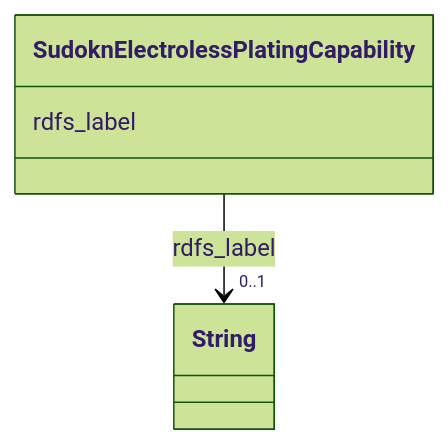
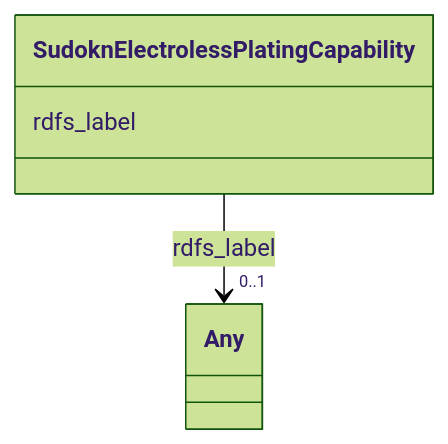
The diagram in sudokn-kg/classes/SudoknElectrolessPlatingCapability.md (frink-okn/graph-descriptions), drawn with Mermaid (forest theme) before and after one commit. The commit also changed other lines of this file and 903 other files, not shown here.

````diff
--- a/sudokn-kg/classes/SudoknElectrolessPlatingCapability.md
+++ b/sudokn-kg/classes/SudoknElectrolessPlatingCapability.md
@@ -23,15 +18,15 @@
 ```mermaid
  classDiagram
     class SudoknElectrolessPlatingCapability
     click SudoknElectrolessPlatingCapability href "../SudoknElectrolessPlatingCapability"
       SudoknElectrolessPlatingCapability : rdfs_label
         
           
     
     
-    SudoknElectrolessPlatingCapability --> "0..1" String : rdfs_label
-    click String href "../String"
+    SudoknElectrolessPlatingCapability --> "0..1" Any : rdfs_label
+    click Any href "../Any"
 
         
       
 ```
````
